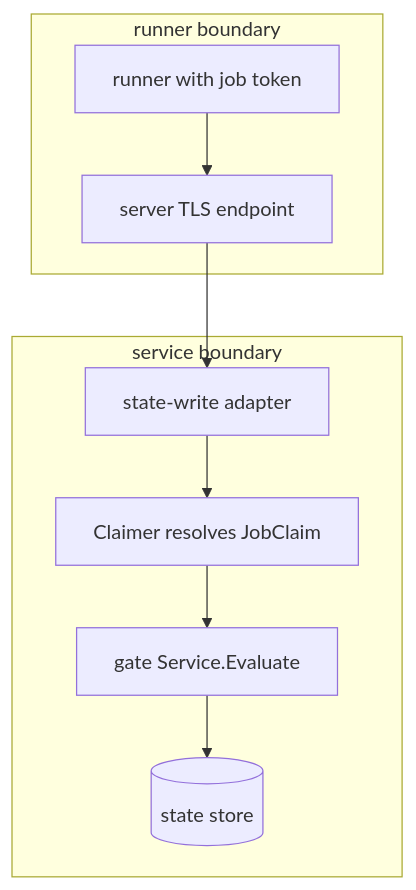
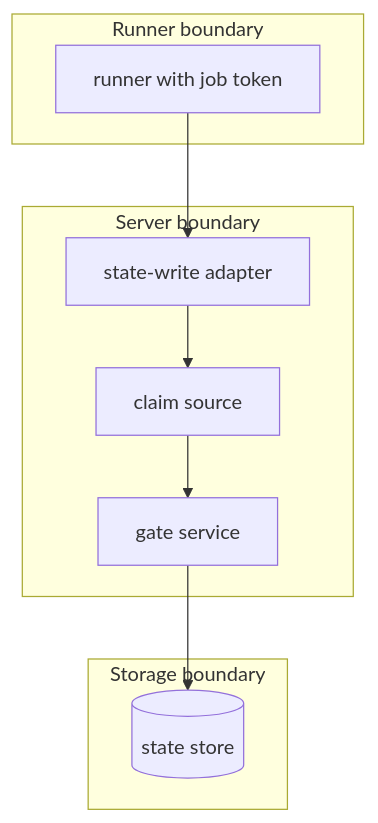
Before and after one commit to OpenDustpan/OpenDustpan: the third of 3 diagrams in openspec/changes/job-token-rules-state-write/design.md, drawn with Mermaid. The commit also changed other lines of this file and 35 other files, not shown here.

````diff
--- a/openspec/changes/job-token-rules-state-write/design.md
+++ b/openspec/changes/job-token-rules-state-write/design.md
@@ -64,12 +61,18 @@
 ```mermaid
 flowchart TB
-subgraph B1[runner boundary]
-R[runner with job token] --> N[server TLS endpoint]
+subgraph runnerzone[Runner boundary]
+R[runner with job token]
 end
-subgraph B2[service boundary]
-N --> A[state-write adapter]
-A --> C[Claimer resolves JobClaim]
-C --> G[gate Service.Evaluate]
-G --> S[(state store)]
+subgraph serverzone[Server boundary]
+A[state-write adapter]
+C[claim source]
+G[gate service]
 end
+subgraph storezone[Storage boundary]
+S[(state store)]
+end
+R --> A
+A --> C
+C --> G
+G --> S
 ```
````
